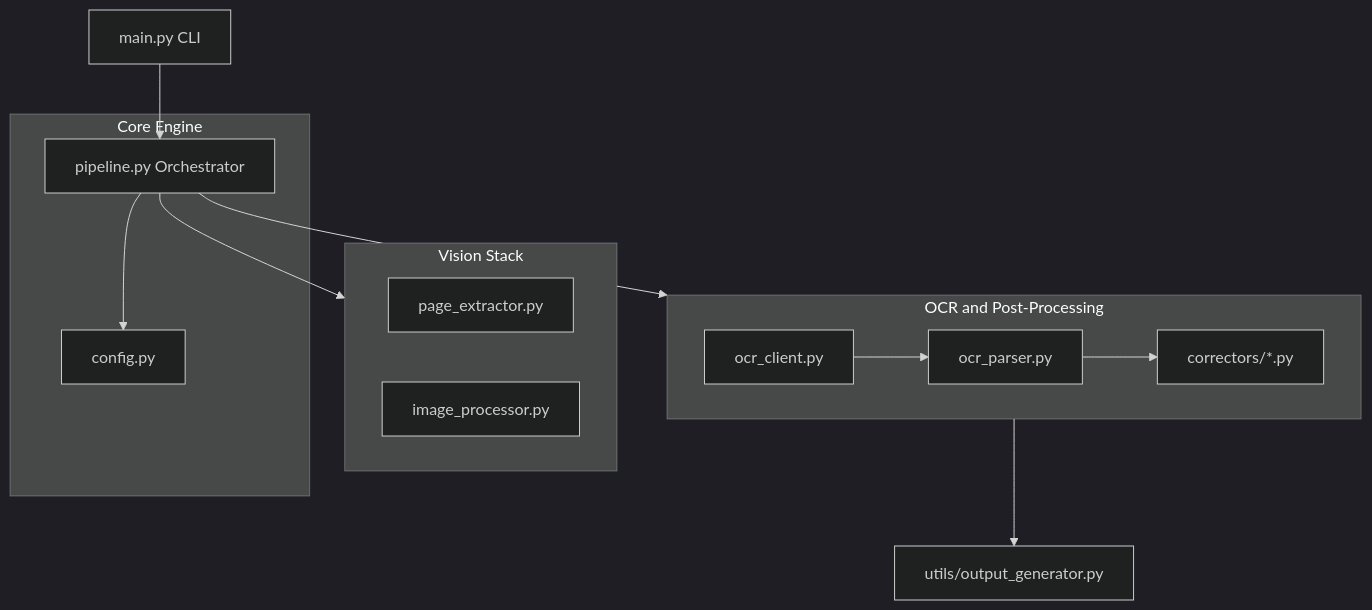
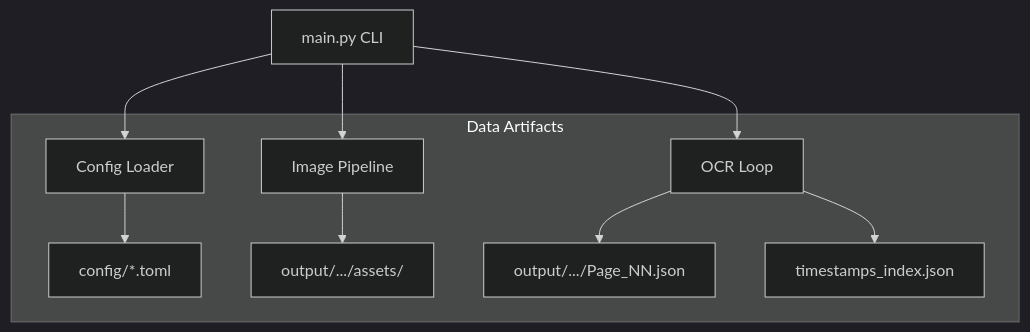
Before and after one commit to JeanLouisParent/Nasa-Transcript-Processor: the diagram in docs/ARCHITECTURE.md, drawn with Mermaid (dark theme). The commit also changed other lines of this file and 5 other files, not shown here.

````diff
--- a/docs/ARCHITECTURE.md
+++ b/docs/ARCHITECTURE.md
@@ -8,25 +12,13 @@
 ```mermaid
 flowchart TD
-    CLI[main.py CLI] --> ORCH[pipeline.py Orchestrator]
+    CLI[main.py CLI] --> CFG[Config Loader]
+    CLI --> IP[Image Pipeline]
+    CLI --> OP[OCR Loop]
 
-    subgraph Core[Core Engine]
-        ORCH --> CFG[config.py]
+    subgraph "Data Artifacts"
+    CFG --> TOML[config/*.toml]
+    IP --> ASSETS[output/.../assets/]
+    OP --> JSON[output/.../Page_NN.json]
+    OP --> IDX[timestamps_index.json]
     end
-
-    subgraph Processors[Vision Stack]
-        EXT[page_extractor.py]
-        IMG[image_processor.py]
-    end
-
-    subgraph Intelligence[OCR and Post-Processing]
-        CLIENT[ocr_client.py]
-        PARSER[ocr_parser.py]
-        CORR[correctors/*.py]
-    end
-
-    ORCH --> Processors
-    ORCH --> Intelligence
-    PARSER --> CORR
-    Intelligence --> OUT[utils/output_generator.py]
-    CLIENT --> PARSER
 ```
````
